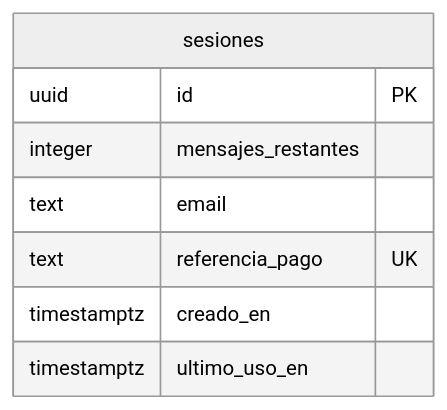
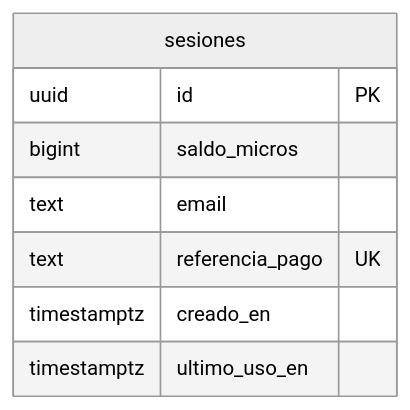
Before and after one commit to polmarza/palmaditas: the diagram in docs/data-model.md, drawn with Mermaid (neutral theme). The commit also changed other lines of this file and 1 other file, not shown here.

Commit message:
docs: restos del contador de mensajes en el esquema de saldo

````diff
--- a/docs/data-model.md
+++ b/docs/data-model.md
@@ -59,11 +59,11 @@
 ```mermaid
 erDiagram
   sesiones {
     uuid id PK
-    integer mensajes_restantes
+    bigint saldo_micros
     text email
     text referencia_pago UK
     timestamptz creado_en
     timestamptz ultimo_uso_en
   }
 ```
````
